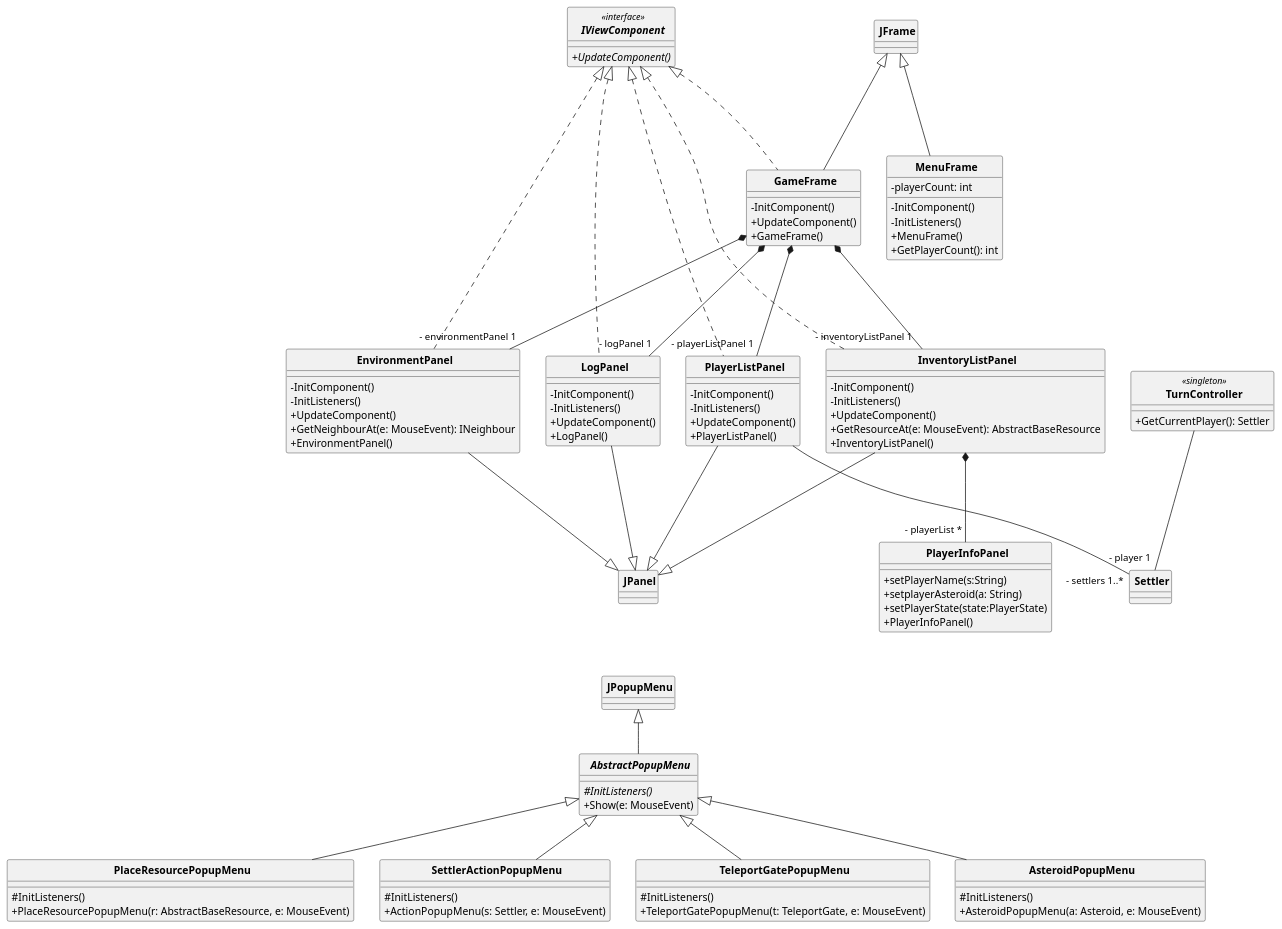
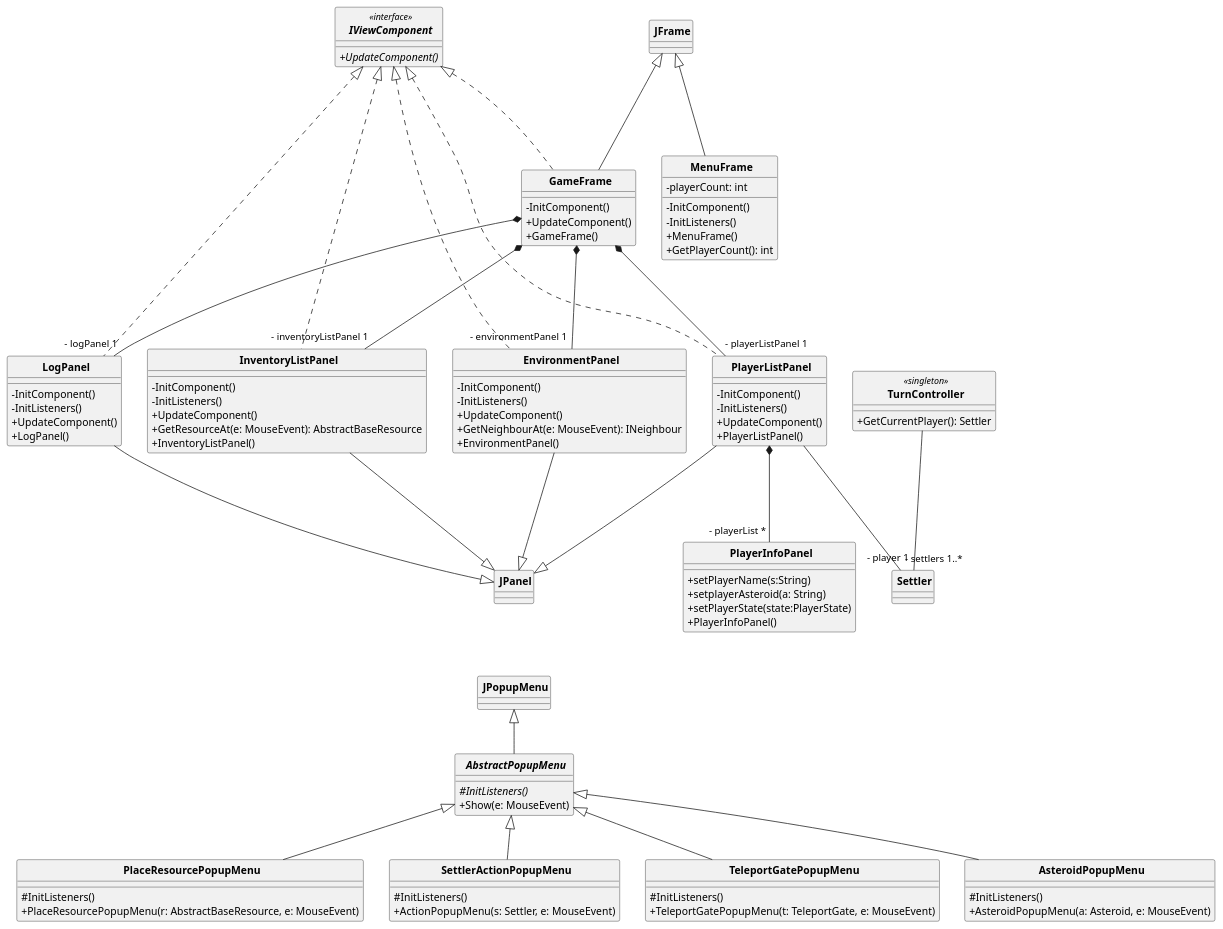
The diagram in uml/class_diagrams/gui_class.plantuml (bbucsy/projlab_holy_oil), drawn with PlantUML before and after one commit. The commit also changed 1 other file, not shown here.

```diff
--- a/uml/class_diagrams/gui_class.plantuml
+++ b/uml/class_diagrams/gui_class.plantuml
@@ -1,138 +1,138 @@
 @startuml classdiagram
 
 skinparam ClassAttributeIconSize 0
 skinparam CircledCharacterRadius 0
 skinparam CircledCharacterFontSize 0
 skinparam ClassFontStyle bold
 
 class JFrame {}
 class JPanel {}
 class JPopupMenu {}
 
 ' package: viewcomponents
 interface IViewComponent << interface >> {
   {abstract} + UpdateComponent()
 }
 
 together {
   class MenuFrame {
     - playerCount: int
     - InitComponent()
     - InitListeners()
     + MenuFrame()
     + GetPlayerCount(): int
   }
 
   class GameFrame {
     - InitComponent()
     + UpdateComponent()
     + GameFrame()
   }
 }
 
 class PlayerInfoPanel{
   + setPlayerName(s:String)
   + setplayerAsteroid(a: String)
   + setPlayerState(state:PlayerState)
   + PlayerInfoPanel()
 }
 
 together {
   class EnvironmentPanel {
     - InitComponent()
     - InitListeners()
     + UpdateComponent()
     + GetNeighbourAt(e: MouseEvent): INeighbour
     + EnvironmentPanel()
   }
 
   class InventoryListPanel {
     - InitComponent()
     - InitListeners()
     + UpdateComponent()
     + GetResourceAt(e: MouseEvent): AbstractBaseResource
     + InventoryListPanel()
   }
 
   class PlayerListPanel {
     - InitComponent()
     - InitListeners()
     + UpdateComponent()
     + PlayerListPanel()
   }
 
   class LogPanel {
     - InitComponent()
     - InitListeners()
     + UpdateComponent()
     + LogPanel()
   }
 }
 
 abstract class AbstractPopupMenu {
   {abstract}# InitListeners()
   + Show(e: MouseEvent)
 }
 
 together {
   class AsteroidPopupMenu {
     # InitListeners()
     + AsteroidPopupMenu(a: Asteroid, e: MouseEvent)
   }
 
   class TeleportGatePopupMenu {
     # InitListeners()
     + TeleportGatePopupMenu(t: TeleportGate, e: MouseEvent)
   }
 
   class SettlerActionPopupMenu {
     # InitListeners()
     + ActionPopupMenu(s: Settler, e: MouseEvent)
   }
 
   class PlaceResourcePopupMenu {
     # InitListeners()
     + PlaceResourcePopupMenu(r: AbstractBaseResource, e: MouseEvent)
   }
 }
 
 class TurnController << singleton >> {
   + GetCurrentPlayer(): Settler
 }
 
 ' Interface realizations
 GameFrame .up..|> IViewComponent
 EnvironmentPanel .up..|> IViewComponent
 InventoryListPanel .up..|> IViewComponent
 PlayerListPanel .up..|> IViewComponent
 LogPanel .up..|> IViewComponent
 
 ' Inheritance
 GameFrame -up--|> JFrame
 MenuFrame -up--|> JFrame
 
 EnvironmentPanel -down--|> JPanel
 InventoryListPanel -down--|> JPanel
 PlayerListPanel -down--|> JPanel
 LogPanel -down--|> JPanel
 
 AbstractPopupMenu -up-|> JPopupMenu
 AsteroidPopupMenu -up-|> AbstractPopupMenu
 TeleportGatePopupMenu -up-|> AbstractPopupMenu
 SettlerActionPopupMenu -up-|> AbstractPopupMenu
 PlaceResourcePopupMenu -up-|> AbstractPopupMenu
 
 ' This is for better display
 JPopupMenu -[hidden]up-> JPanel
 
 ' Associations
 GameFrame *--- "- environmentPanel 1" EnvironmentPanel
 GameFrame *--- "- inventoryListPanel 1" InventoryListPanel
 GameFrame *--- "- playerListPanel 1" PlayerListPanel
 GameFrame *--- "- logPanel 1" LogPanel
-InventoryListPanel *--- "- playerList *" PlayerInfoPanel
+PlayerListPanel *--- "- playerList *" PlayerInfoPanel
 
 PlayerListPanel --- "- settlers 1..*" Settler
 TurnController --- "- player 1" Settler
 
 @enduml
```
